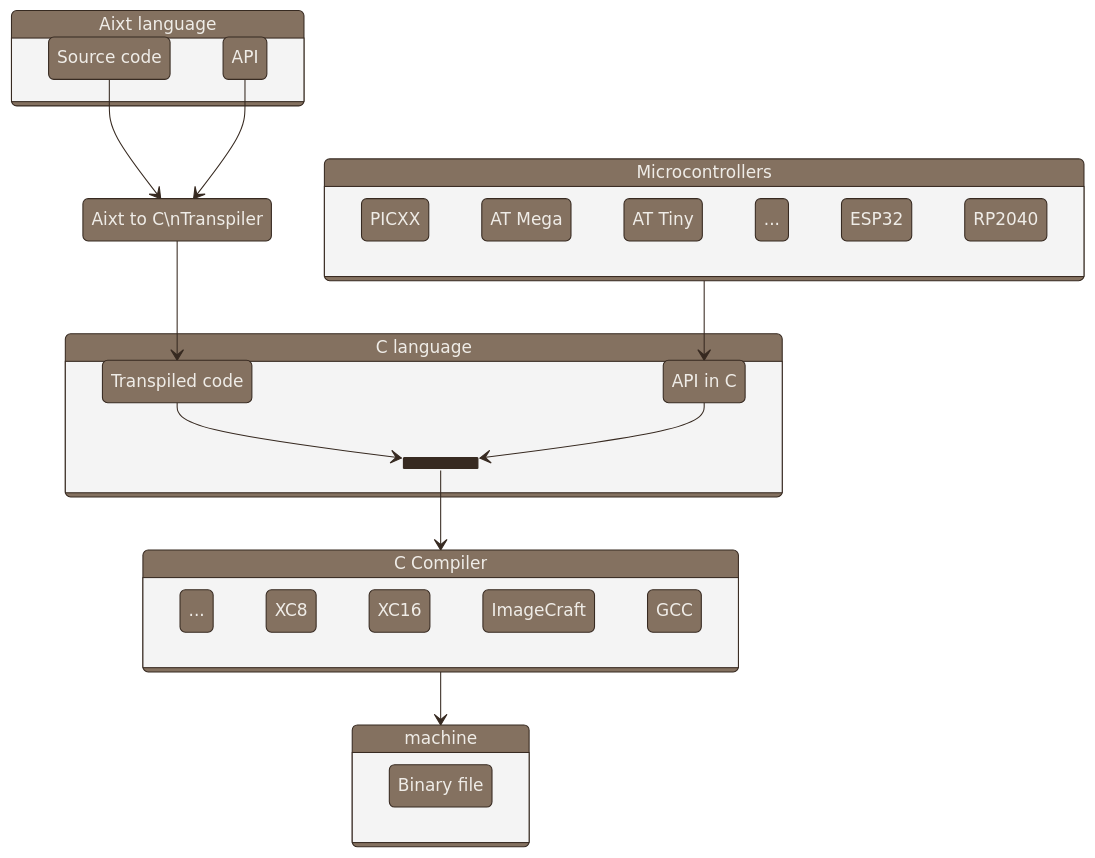
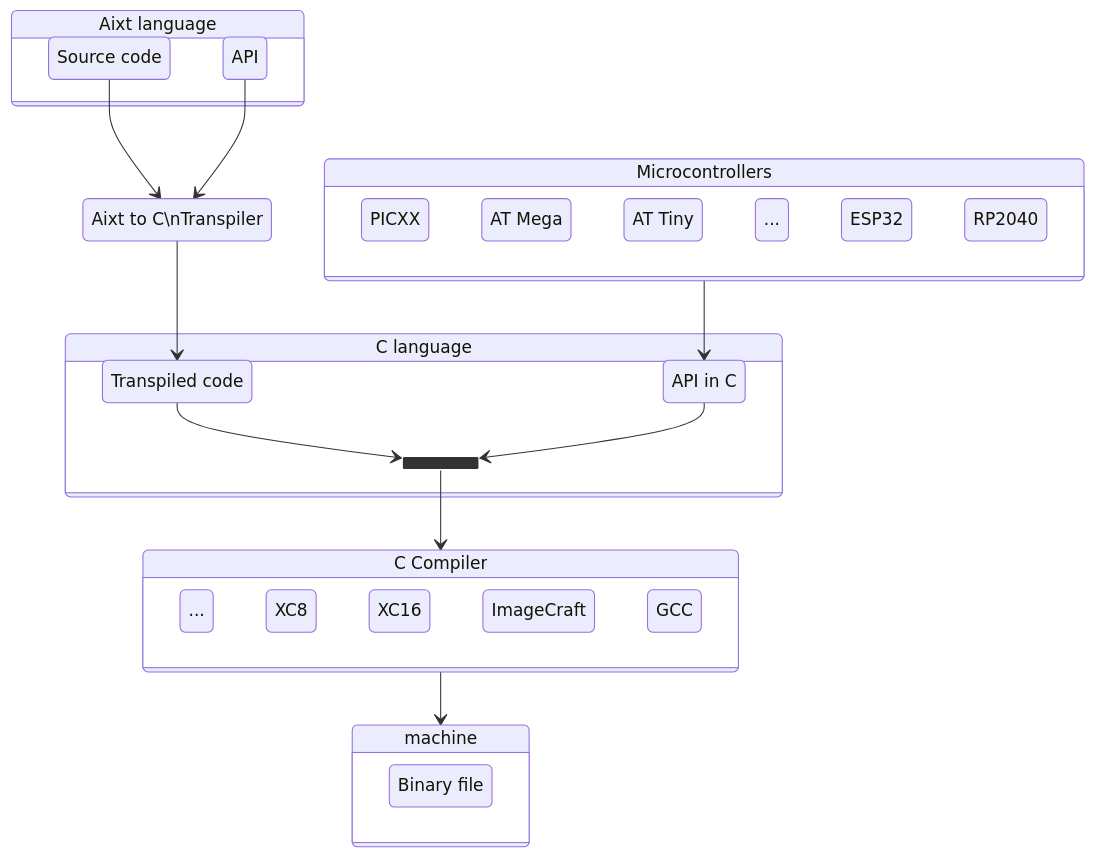
The diagram in logo/Aixt diagram.md (fermarsan/aixt), drawn with Mermaid before and after one commit.

Commit message:
mermaid diagram

````diff
--- a/logo/Aixt diagram.md
+++ b/logo/Aixt diagram.md
@@ -1,69 +1,54 @@
 ```mermaid
-%%{ init: { 'theme': 'base', 
-            'themeVariables': { 'primaryColor': '#847160',
-                                'secondaryColor': '#6f7c84',
-                                'primaryTextColor': '#efece7',
-                                'primaryBorderColor': '#372a21',
-                                'tertiaryTextColor': '#c3c2f',
-                                'tertiaryBorderColor': '#472a21',
-                                'lineColor': '#372a21'
-                              }
-          }
-}%%
-
 stateDiagram-v2
 
     Aixt: Aixt language
     state Aixt {
         source: Source code
         API
     }
 
     Aixt2C: Aixt to C\nTranspiler
 
     C: C language
     state C {
         state join_C <<fork>>
         Tr_Code: Transpiled code
         API_C: API in C
         Tr_Code --> join_C
         API_C --> join_C
     }
 
     state Microcontrollers {
         PICs: PICXX
         ATM: AT Mega
         ATT: AT Tiny
         others2: ...
         ESP32
         RP2040
     }
 
     C_Compiler: C Compiler
     state C_Compiler {
         others: ...
         XC8  
         XC16 
         ImageCraft  
         others 
         GCC 
     }
     
     machine
     state machine {
         BF: Binary file
     }
     
     source  --> Aixt2C
     API     --> Aixt2C 
     Aixt2C  --> Tr_Code
 
     join_C     --> C_Compiler
 
     C_Compiler  --> machine
 
     Microcontrollers --> API_C
-
-%% general block diagram in mermaid.js
-%% converted in svg image by using https://mermaid.live/edit
 ```
````
